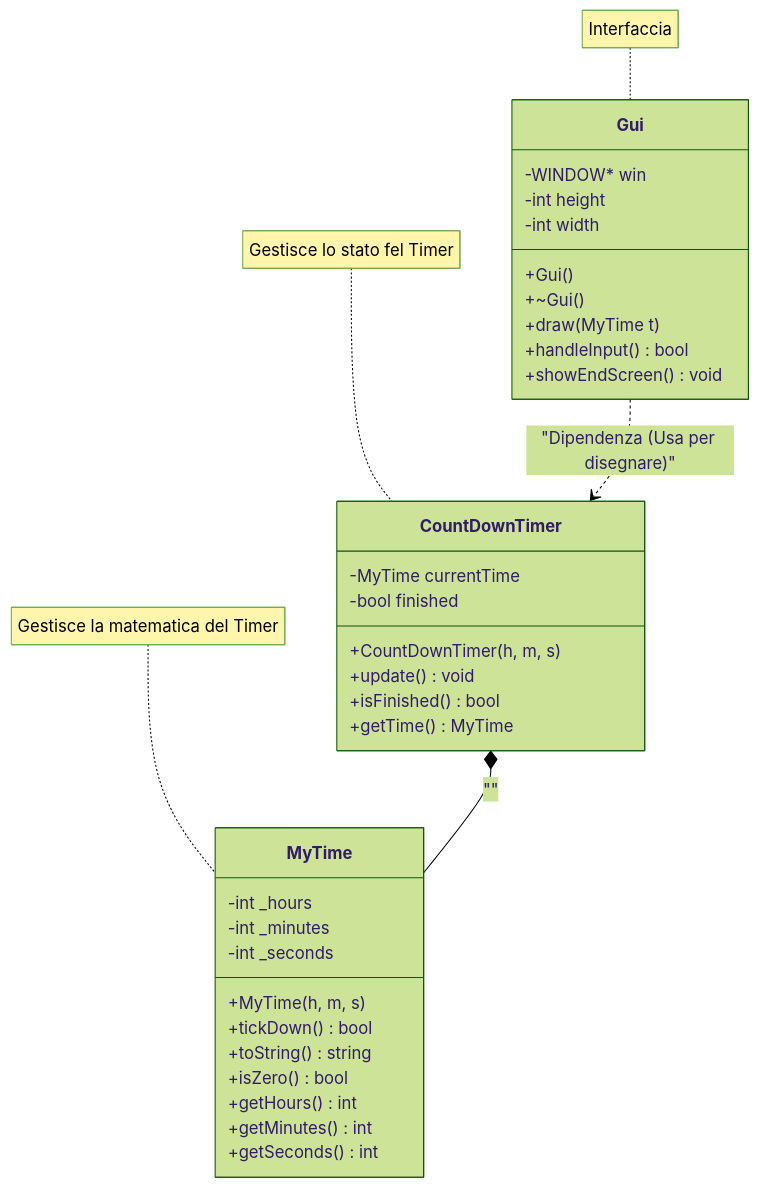
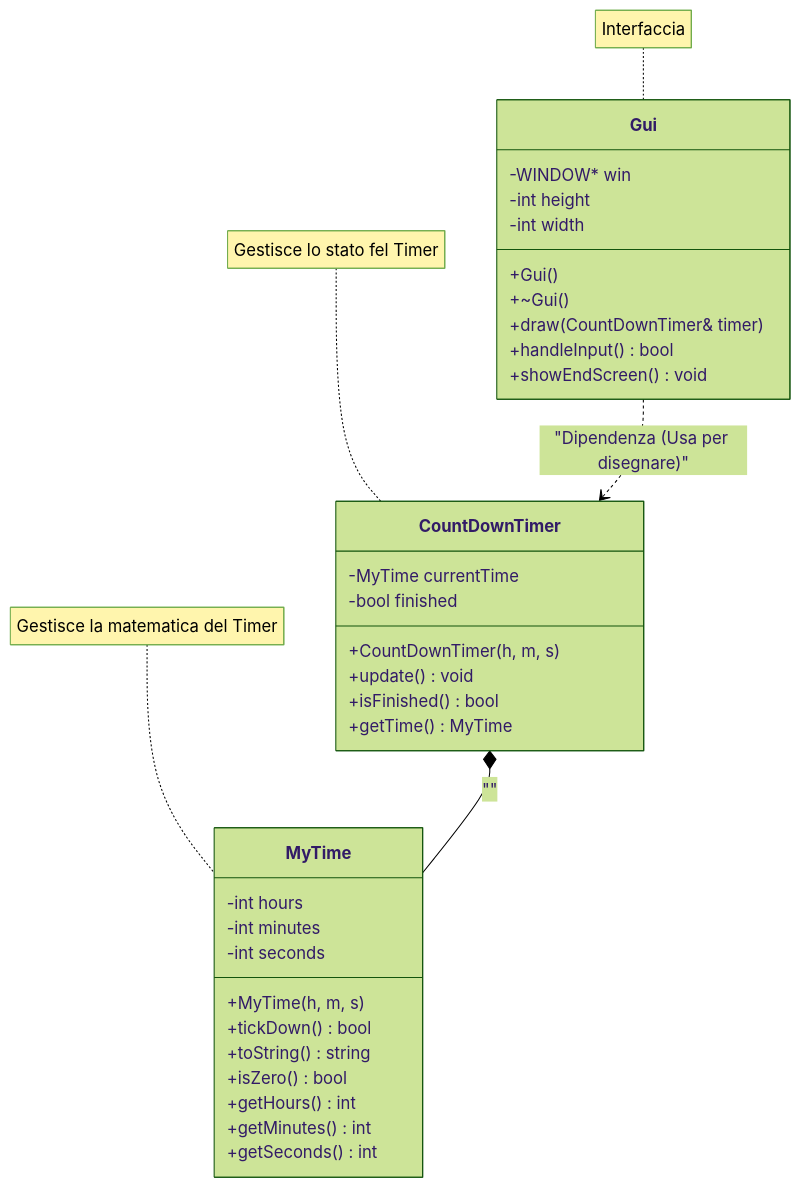
One commit to schiavonesudhir/timer changed the diagram in README.md. Above: the diagram before and after it, drawn with Mermaid (forest theme).

Commit message:
aggiustamenti errori mermaid

````diff
--- a/README.md
+++ b/README.md
@@ -125,46 +125,46 @@
 ```mermaid
 classDiagram
     %% Stile del grafico
     direction TB
 
     class MyTime {
-        -int _hours
-        -int _minutes
-        -int _seconds
+        -int hours
+        -int minutes
+        -int seconds
         +MyTime(h, m, s)
         +tickDown() bool
         +toString() string
         +isZero() bool
         +getHours() int
         +getMinutes() int
         +getSeconds() int
     }
 
     class CountDownTimer {
         -MyTime currentTime
         -bool finished
         +CountDownTimer(h, m, s)
         +update() void
         +isFinished() bool
         +getTime() MyTime
     }
 
     class Gui {
         -WINDOW* win
         -int height
         -int width
         +Gui()
         +~Gui()
-        +draw(MyTime t)
+        +draw(CountDownTimer& timer)
         +handleInput() bool
         +showEndScreen() void
     }
 
     %% Relazioni
     CountDownTimer *-- MyTime : ""
     Gui ..> CountDownTimer : "Dipendenza (Usa per disegnare)"
     
     note for CountDownTimer "Gestisce lo stato fel Timer"
     note for MyTime "Gestisce la matematica del Timer"
     note for Gui "Interfaccia"
 ```
````
